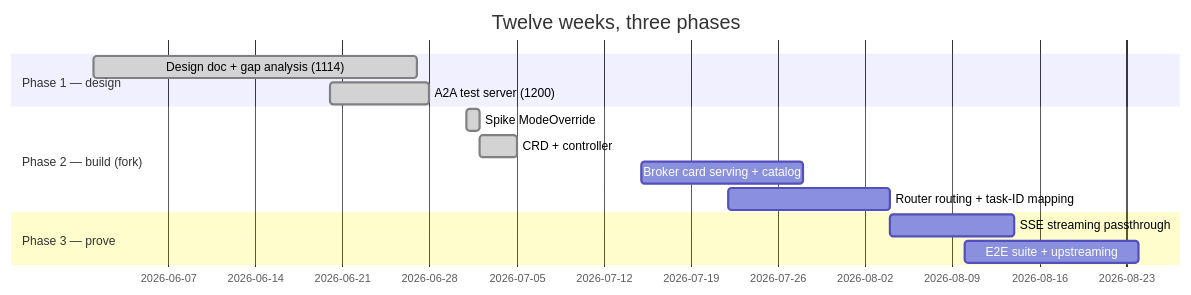
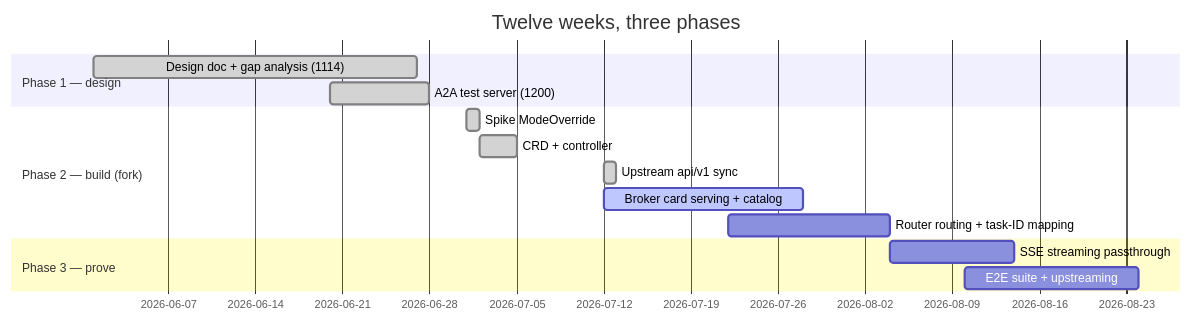
One commit to Aman-Cool/A2A-Agent2Agent-protocol changed the fifth of 5 diagrams in README.md. Above: the diagram before and after it, drawn with Mermaid. The commit also changed other lines of this file, not shown here.

Commit message:
docs: update readme with sync, discovery progress, and v1.0 method names

````diff
--- a/README.md
+++ b/README.md
@@ -150,16 +155,17 @@
 ```mermaid
 gantt
     title Twelve weeks, three phases
     dateFormat YYYY-MM-DD
     section Phase 1 — design
     Design doc + gap analysis (1114)      :done,   p1a, 2026-06-01, 2026-06-27
     A2A test server (1200)                :done,   p1b, 2026-06-20, 2026-06-28
     section Phase 2 — build (fork)
     Spike ModeOverride                    :done,   p2a, 2026-07-01, 2026-07-02
     CRD + controller                      :done,   p2b, 2026-07-02, 2026-07-05
-    Broker card serving + catalog         :        p2c, 2026-07-15, 2026-07-28
+    Upstream api/v1 sync                  :done,   p2s, 2026-07-12, 1d
+    Broker card serving + catalog         :active, p2c, 2026-07-12, 2026-07-28
     Router routing + task-ID mapping      :        p2d, 2026-07-22, 2026-08-04
     section Phase 3 — prove
     SSE streaming passthrough             :        p3a, 2026-08-04, 2026-08-14
     E2E suite + upstreaming               :        p3b, 2026-08-10, 2026-08-24
 ```
````
